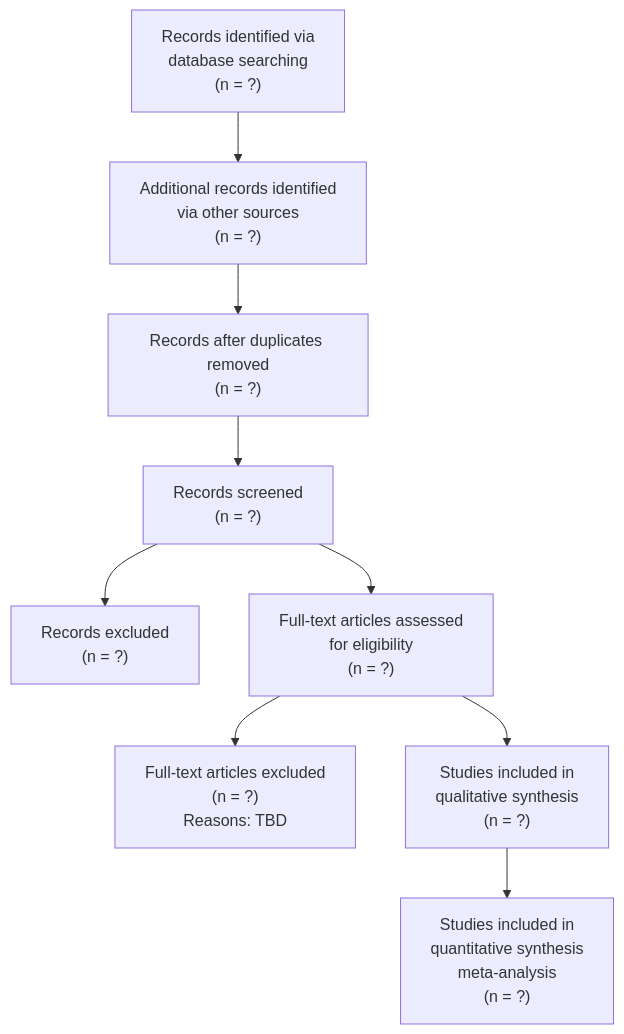
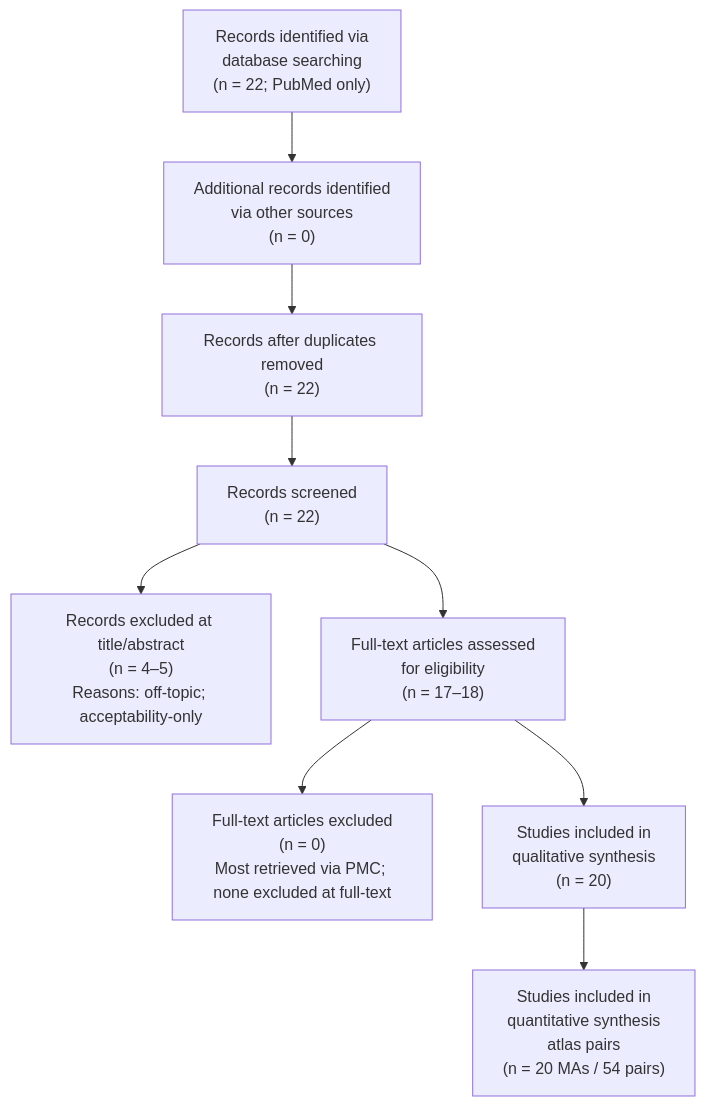
Before and after one commit to mahmood726-cyber/africa-hiv-prep-atlas: the diagram in docs/prisma_flow.md, drawn with Mermaid. The commit also changed other lines of this file and 12 other files, not shown here.

````diff
--- a/docs/prisma_flow.md
+++ b/docs/prisma_flow.md
@@ -38,11 +38,11 @@
 ```mermaid
 graph TD
-    A["Records identified via\ndatabase searching<br/>(n = ?)"] --> B["Additional records identified<br/>via other sources<br/>(n = ?)"]
-    B --> C["Records after duplicates removed<br/>(n = ?)"]
-    C --> D["Records screened<br/>(n = ?)"]
-    D --> E["Records excluded<br/>(n = ?)"]
-    D --> F["Full-text articles assessed<br/>for eligibility<br/>(n = ?)"]
-    F --> G["Full-text articles excluded<br/>(n = ?)<br/>Reasons: TBD"]
-    F --> H["Studies included in<br/>qualitative synthesis<br/>(n = ?)"]
-    H --> I["Studies included in<br/>quantitative synthesis<br/>meta-analysis<br/>(n = ?)"]
+    A["Records identified via\ndatabase searching<br/>(n = 22; PubMed only)"] --> B["Additional records identified<br/>via other sources<br/>(n = 0)"]
+    B --> C["Records after duplicates removed<br/>(n = 22)"]
+    C --> D["Records screened<br/>(n = 22)"]
+    D --> E["Records excluded at title/abstract<br/>(n = 4–5)<br/>Reasons: off-topic; acceptability-only"]
+    D --> F["Full-text articles assessed<br/>for eligibility<br/>(n = 17–18)"]
+    F --> G["Full-text articles excluded<br/>(n = 0)<br/>Most retrieved via PMC; none excluded at full-text"]
+    F --> H["Studies included in<br/>qualitative synthesis<br/>(n = 20)"]
+    H --> I["Studies included in<br/>quantitative synthesis<br/>atlas pairs<br/>(n = 20 MAs / 54 pairs)"]
 ```
````
